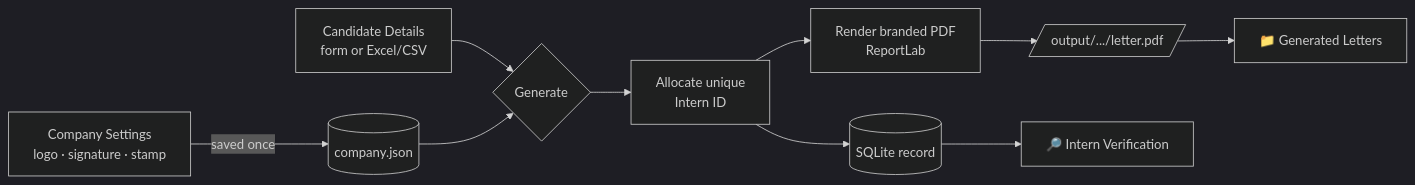
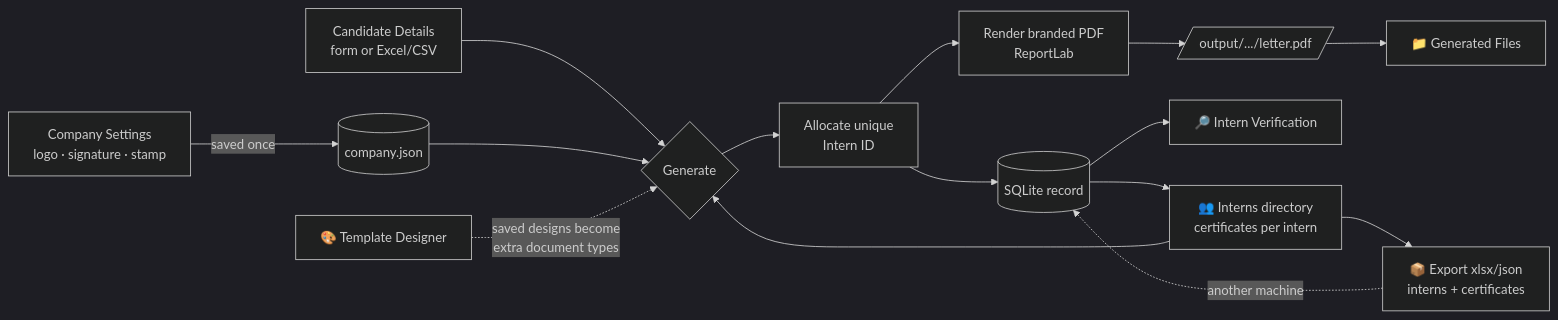
The first of 5 diagrams in README.md (amangovindrao/CertiFlow), drawn with Mermaid (dark theme) before and after one commit. The commit also changed other lines of this file and 33 other files, not shown here.

````diff
--- a/README.md
+++ b/README.md
@@ -94,12 +104,17 @@
 ```mermaid
 flowchart LR
     A[Company Settings<br/>logo · signature · stamp] -->|saved once| B[(company.json)]
     C[Candidate Details<br/>form or Excel/CSV] --> D{Generate}
     B --> D
     D --> E[Allocate unique<br/>Intern ID]
     E --> F[Render branded PDF<br/>ReportLab]
     F --> G[/output/.../letter.pdf/]
     E --> H[(SQLite record)]
     H --> I[🔎 Intern Verification]
-    G --> J[📁 Generated Letters]
+    H --> K[👥 Interns directory<br/>certificates per intern]
+    K --> D
+    K --> L[📦 Export xlsx/json<br/>interns + certificates]
+    L -.->|another machine| H
+    G --> J[📁 Generated Files]
+    M[🎨 Template Designer] -.->|"saved designs become<br/>extra document types"| D
 ```
````
